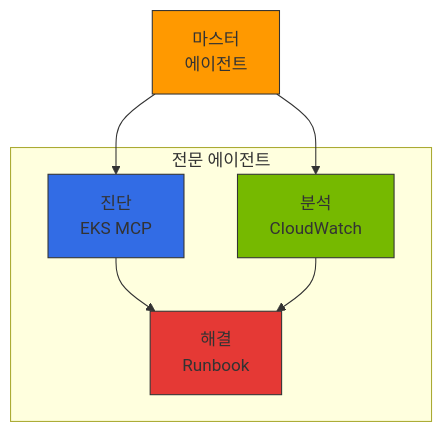
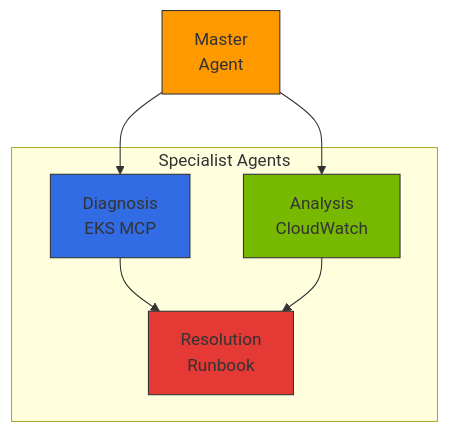
Before and after one commit to devfloor9/engineering-playbook: the fifth of 5 diagrams in i18n/en/docusaurus-plugin-content-docs/current/agentic-ai-platform/design-architecture/aws-native-agentic-platform.md, drawn with Mermaid. The commit also changed other lines of this file and 16 other files, not shown here.

````diff
--- a/i18n/en/docusaurus-plugin-content-docs/current/agentic-ai-platform/design-architecture/aws-native-agentic-platform.md
+++ b/i18n/en/docusaurus-plugin-content-docs/current/agentic-ai-platform/design-architecture/aws-native-agentic-platform.md
@@ -649,19 +649,19 @@
 ```mermaid
 flowchart TB
-    M[마스터<br/>에이전트]
+    M[Master<br/>Agent]
 
-    subgraph SPEC["전문 에이전트"]
-        D[진단<br/>EKS MCP]
-        A[분석<br/>CloudWatch]
-        R[해결<br/>Runbook]
+    subgraph SPEC["Specialist Agents"]
+        D[Diagnosis<br/>EKS MCP]
+        A[Analysis<br/>CloudWatch]
+        R[Resolution<br/>Runbook]
     end
 
     M --> D & A
     D --> R
     A --> R
 
     style M fill:#ff9900,stroke:#333
     style D fill:#326ce5,stroke:#333
     style A fill:#76b900,stroke:#333
     style R fill:#e53935,stroke:#333
 ```
````
